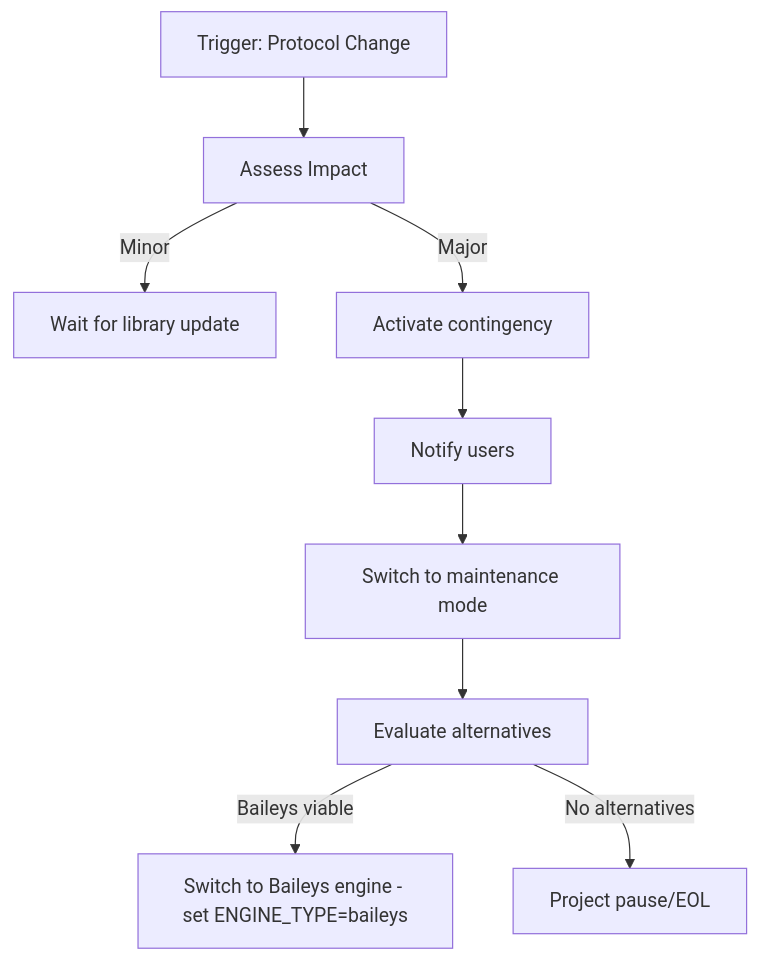
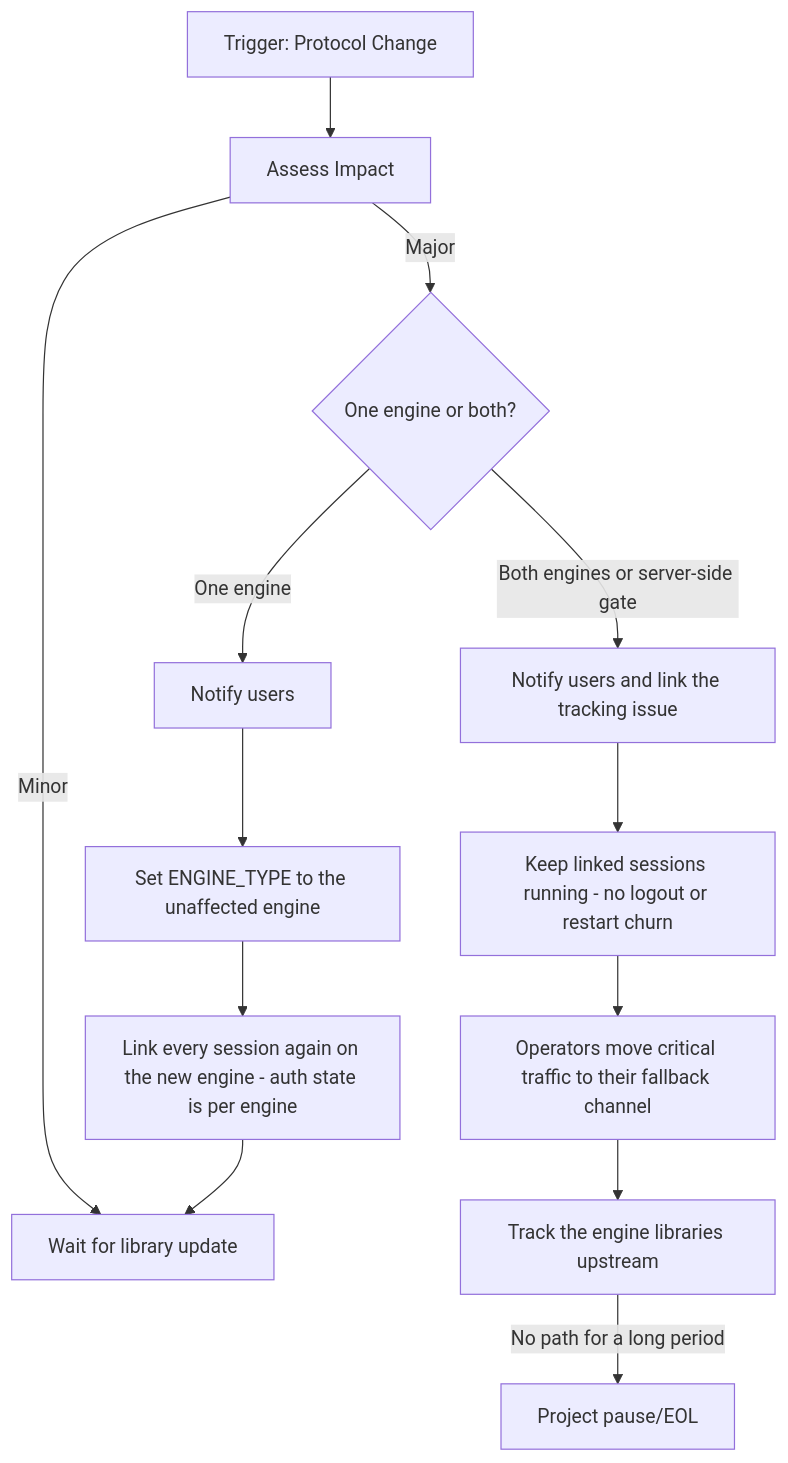
The eighth of 11 diagrams in ventiq_admin_app/docs_wapi/16-risk-management.md (Carnaval-Team/VentIQ-seller-App), drawn with Mermaid before and after one commit. The commit also changed other lines of this file and 65 other files, not shown here.

````diff
--- a/ventiq_admin_app/docs_wapi/16-risk-management.md
+++ b/ventiq_admin_app/docs_wapi/16-risk-management.md
@@ -457,12 +449,16 @@
 ```mermaid
 flowchart TB
     T[Trigger: Protocol Change] --> A1[Assess Impact]
     A1 --> |Minor| M1[Wait for library update]
-    A1 --> |Major| M2[Activate contingency]
+    A1 --> |Major| E{One engine or both?}
 
-    M2 --> C1[Notify users]
-    C1 --> C2[Switch to maintenance mode]
-    C2 --> C3[Evaluate alternatives]
-    C3 --> |Baileys viable| C4[Switch to Baileys engine - set ENGINE_TYPE=baileys]
-    C3 --> |No alternatives| C5[Project pause/EOL]
+    E --> |One engine| C1[Notify users]
+    C1 --> C2[Set ENGINE_TYPE to the unaffected engine]
+    C2 --> C3[Link every session again on the new engine - auth state is per engine]
+    C3 --> M1
+    E --> |Both engines or server-side gate| B1[Notify users and link the tracking issue]
+    B1 --> B2[Keep linked sessions running - no logout or restart churn]
+    B2 --> B3[Operators move critical traffic to their fallback channel]
+    B3 --> B4[Track the engine libraries upstream]
+    B4 --> |No path for a long period| C5[Project pause/EOL]
 ```
````
